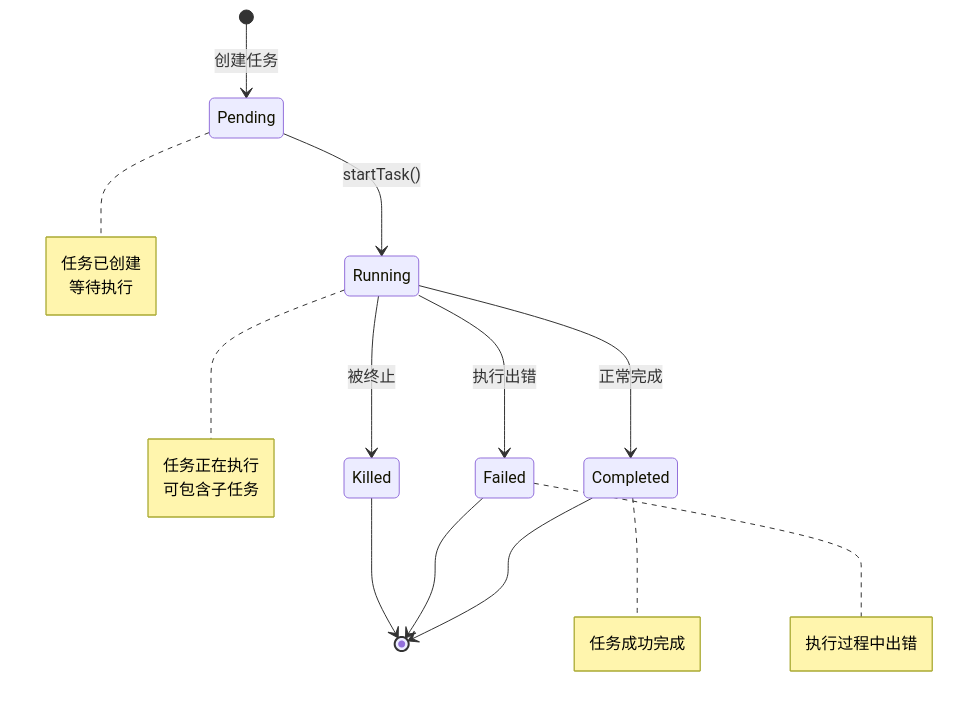
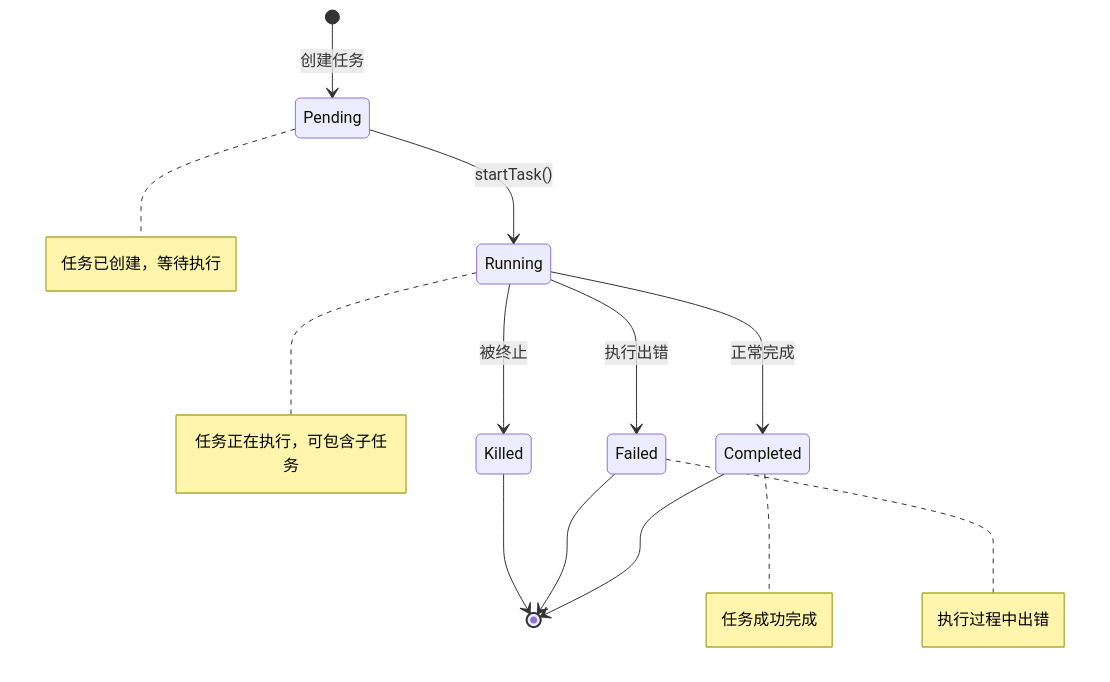
Diagram 32 of 59 in GUIDE.md (yefansky/ccb-readnote), drawn with Mermaid before and after one commit. The commit also changed other lines of this file, not shown here.

Commit message:
fix: 流程图格式错误

````diff
--- a/GUIDE.md
+++ b/GUIDE.md
@@ -1332,19 +1332,27 @@
 ```mermaid
 stateDiagram-v2
     [*] --> Pending: 创建任务
 
     Pending --> Running: startTask()
 
     Running --> Completed: 正常完成
     Running --> Failed: 执行出错
     Running --> Killed: 被终止
 
     Completed --> [*]
     Failed --> [*]
     Killed --> [*]
 
-    note right of Pending: 任务已创建<br/>等待执行
-    note right of Running: 任务正在执行<br/>可包含子任务
-    note right of Completed: 任务成功完成
-    note right of Failed: 执行过程中出错
+    note right of Pending
+        任务已创建，等待执行
+    end note
+    note right of Running
+        任务正在执行，可包含子任务
+    end note
+    note right of Completed
+        任务成功完成
+    end note
+    note right of Failed
+        执行过程中出错
+    end note
 ```
````
